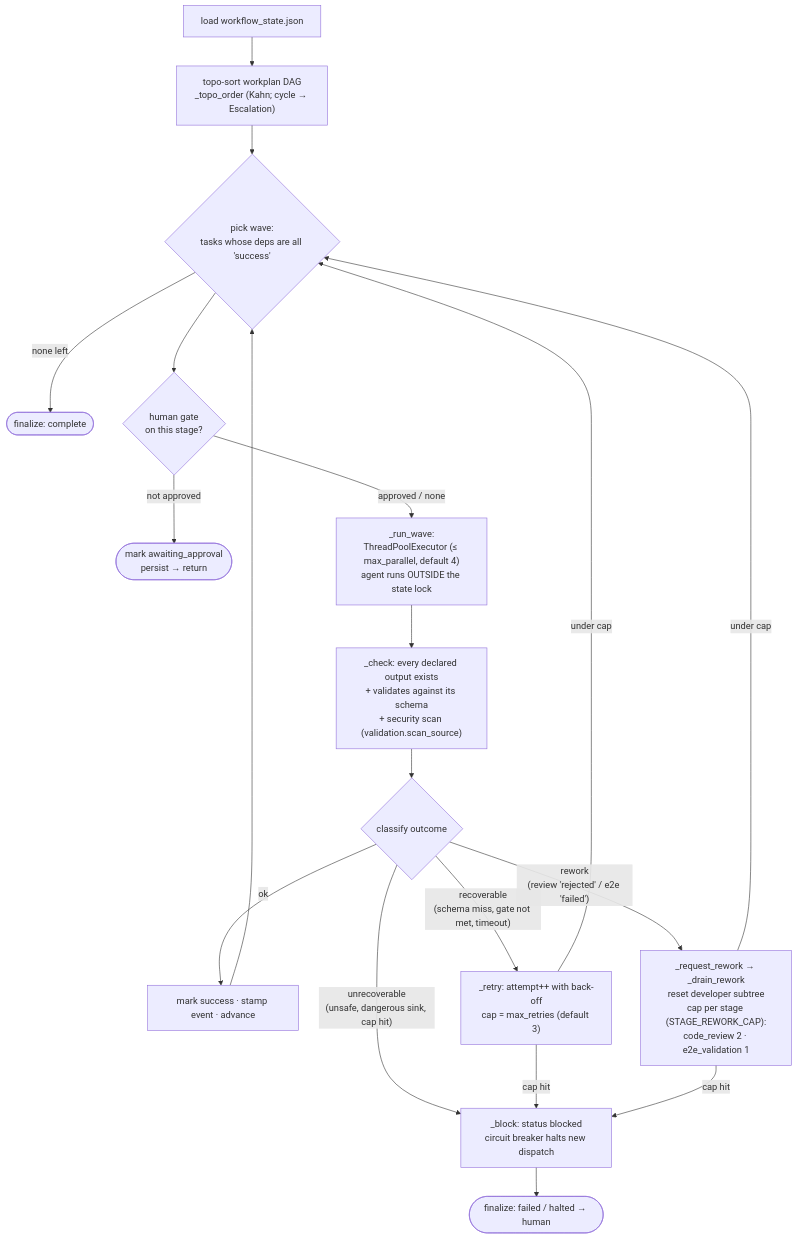
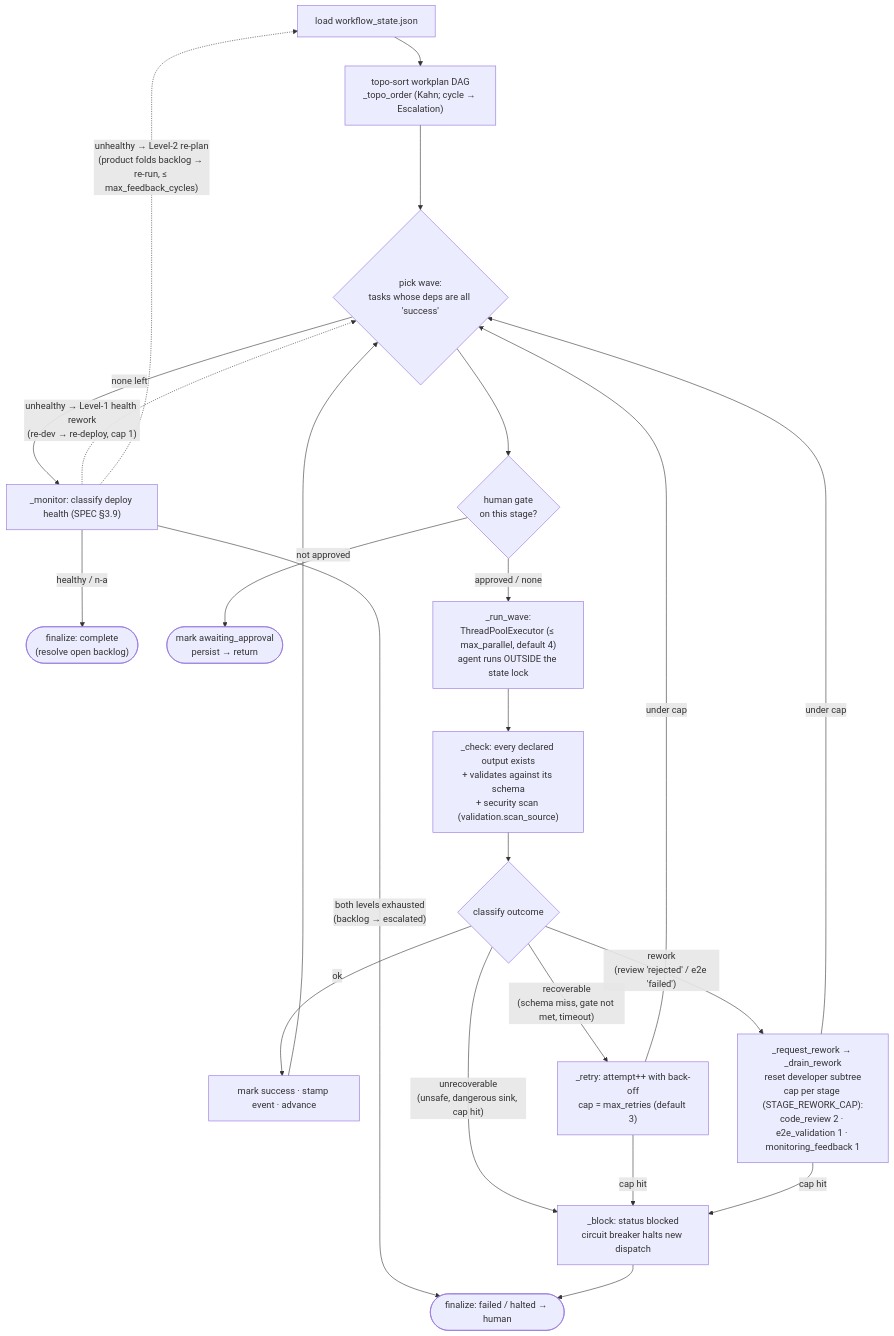
One commit to Hadkevich/SDLC-fabric changed the third of 5 diagrams in ARCHITECTURE-DIAGRAM.md. Above: the diagram before and after it, drawn with Mermaid. The commit also changed other lines of this file and 12 other files, not shown here.

First line of the commit message:
feat: close the monitoring_feedback loop (SPEC §3.9)

````diff
--- a/ARCHITECTURE-DIAGRAM.md
+++ b/ARCHITECTURE-DIAGRAM.md
@@ -130,21 +149,25 @@
 ```mermaid
 flowchart TD
   S0["load workflow_state.json"] --> S1["topo-sort workplan DAG<br/>_topo_order (Kahn; cycle → Escalation)"]
   S1 --> S2{"pick wave:<br/>tasks whose deps are all 'success'"}
-  S2 -->|"none left"| DONE(["finalize: complete"])
+  S2 -->|"none left"| MON["_monitor: classify deploy health (SPEC §3.9)"]
+  MON -->|"healthy / n-a"| DONE(["finalize: complete<br/>(resolve open backlog)"])
+  MON -.->|"unhealthy → Level-1 health rework<br/>(re-dev → re-deploy, cap 1)"| S2
+  MON -.->|"unhealthy → Level-2 re-plan<br/>(product folds backlog → re-run, ≤ max_feedback_cycles)"| S0
+  MON -->|"both levels exhausted<br/>(backlog → escalated)"| FAIL
   S2 --> GATE{"human gate<br/>on this stage?"}
   GATE -->|"not approved"| PAUSE(["mark awaiting_approval<br/>persist → return"])
   GATE -->|"approved / none"| RUNW["_run_wave:<br/>ThreadPoolExecutor (≤ max_parallel, default 4)<br/>agent runs OUTSIDE the state lock"]
   RUNW --> VALID["_check: every declared output exists<br/>+ validates against its schema<br/>+ security scan (validation.scan_source)"]
   VALID --> KIND{"classify outcome"}
   KIND -->|"ok"| ADV["mark success · stamp event · advance"]
   KIND -->|"recoverable<br/>(schema miss, gate not met, timeout)"| RETRY["_retry: attempt++ with back-off<br/>cap = max_retries (default 3)"]
-  KIND -->|"rework<br/>(review 'rejected' / e2e 'failed')"| RW["_request_rework → _drain_rework<br/>reset developer subtree<br/>cap per stage (STAGE_REWORK_CAP):<br/>code_review 2 · e2e_validation 1"]
+  KIND -->|"rework<br/>(review 'rejected' / e2e 'failed')"| RW["_request_rework → _drain_rework<br/>reset developer subtree<br/>cap per stage (STAGE_REWORK_CAP):<br/>code_review 2 · e2e_validation 1 · monitoring_feedback 1"]
   KIND -->|"unrecoverable<br/>(unsafe, dangerous sink, cap hit)"| BLOCK["_block: status blocked<br/>circuit breaker halts new dispatch"]
   RETRY -->|"under cap"| S2
   RETRY -->|"cap hit"| BLOCK
   RW -->|"under cap"| S2
   RW -->|"cap hit"| BLOCK
   ADV --> S2
   BLOCK --> FAIL(["finalize: failed / halted → human"])
 ```
````
